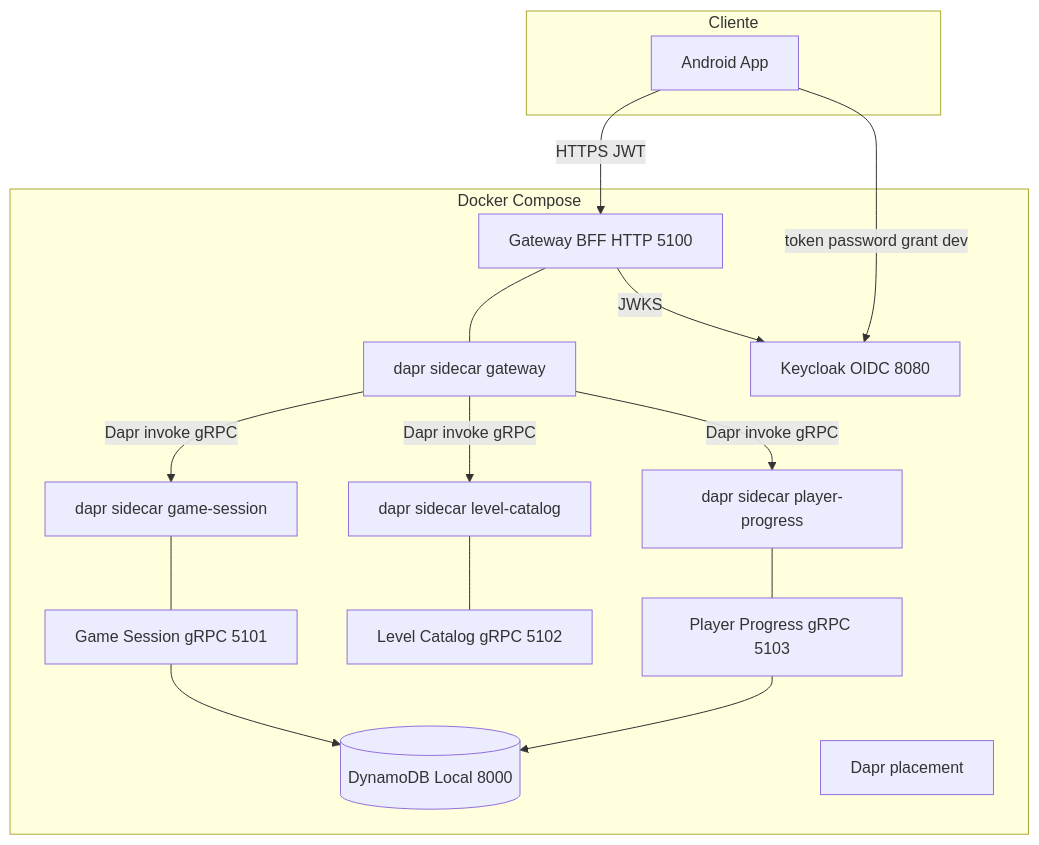
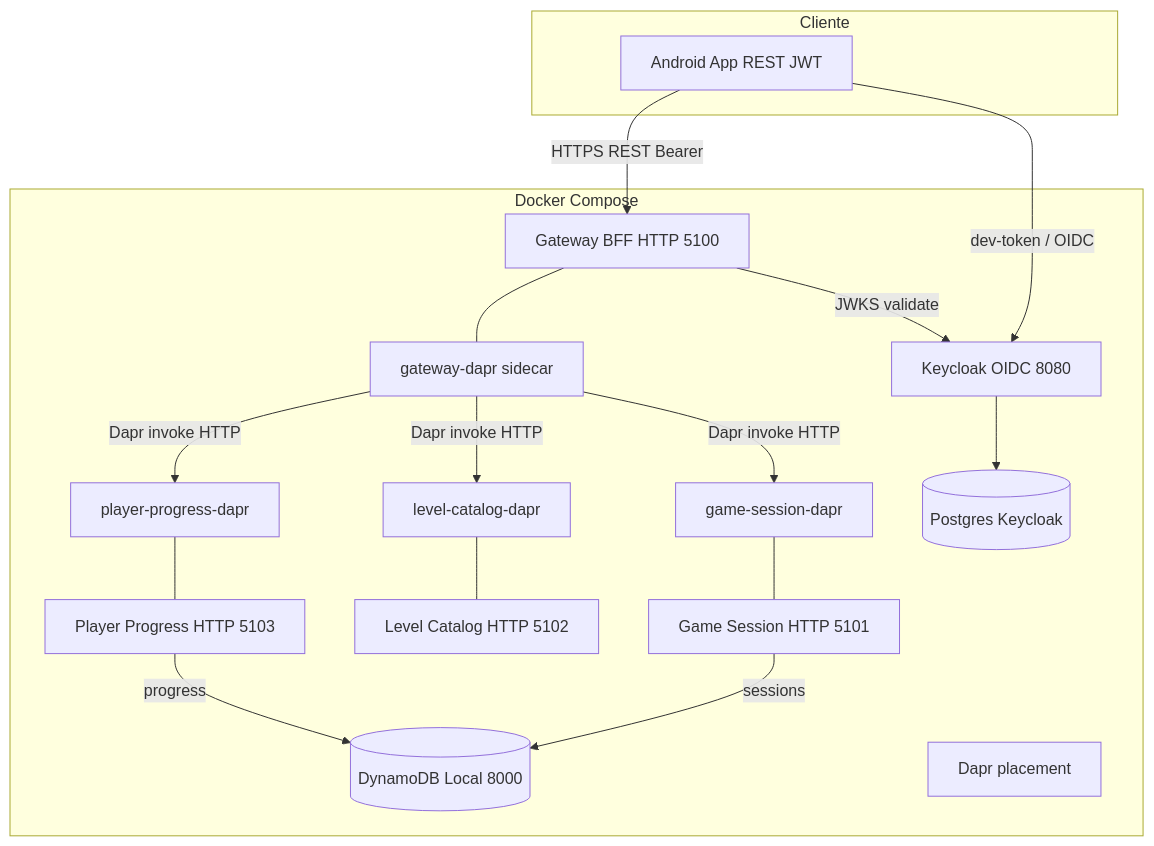
Before and after one commit to marcelofreitas2575-cloud/ArrowPuzzleBack: the diagram in docs/c4/containers.md, drawn with Mermaid. The commit also changed other lines of this file and 5 other files, not shown here.

First line of the commit message:
docs: complete Option A portfolio (README, C4, ADRs, roadmap)

````diff
--- a/docs/c4/containers.md
+++ b/docs/c4/containers.md
@@ -5,33 +5,35 @@
 ```mermaid
 flowchart TB
   subgraph client [Cliente]
-    Android[Android App]
+    Android[Android App REST JWT]
   end
 
   subgraph compose [Docker Compose]
     GW[Gateway BFF HTTP 5100]
-    GWD[dapr sidecar gateway]
-    GS[Game Session gRPC 5101]
-    GSD[dapr sidecar game-session]
-    LC[Level Catalog gRPC 5102]
-    LCD[dapr sidecar level-catalog]
-    PP[Player Progress gRPC 5103]
-    PPD[dapr sidecar player-progress]
+    GWD[gateway-dapr sidecar]
+    GS[Game Session HTTP 5101]
+    GSD[game-session-dapr]
+    LC[Level Catalog HTTP 5102]
+    LCD[level-catalog-dapr]
+    PP[Player Progress HTTP 5103]
+    PPD[player-progress-dapr]
     KC[Keycloak OIDC 8080]
+    PG[(Postgres Keycloak)]
     DDB[(DynamoDB Local 8000)]
     PL[Dapr placement]
   end
 
-  Android -->|HTTPS JWT| GW
+  Android -->|HTTPS REST Bearer| GW
+  Android -->|dev-token / OIDC| KC
+  GW -->|JWKS validate| KC
   GW --- GWD
-  GWD -->|Dapr invoke gRPC| GSD
-  GWD -->|Dapr invoke gRPC| LCD
-  GWD -->|Dapr invoke gRPC| PPD
+  GWD -->|Dapr invoke HTTP| GSD
+  GWD -->|Dapr invoke HTTP| LCD
+  GWD -->|Dapr invoke HTTP| PPD
   GSD --- GS
   LCD --- LC
   PPD --- PP
-  GS --> DDB
-  PP --> DDB
-  Android -->|token password grant dev| KC
-  GW -->|JWKS| KC
+  GS -->|sessions| DDB
+  PP -->|progress| DDB
+  KC --> PG
 ```
````
